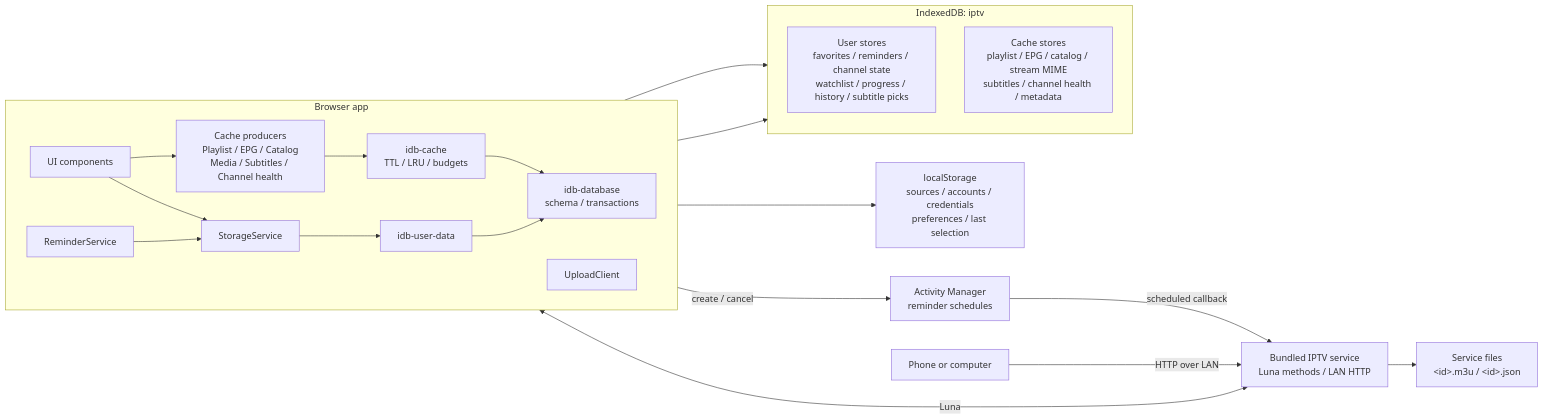
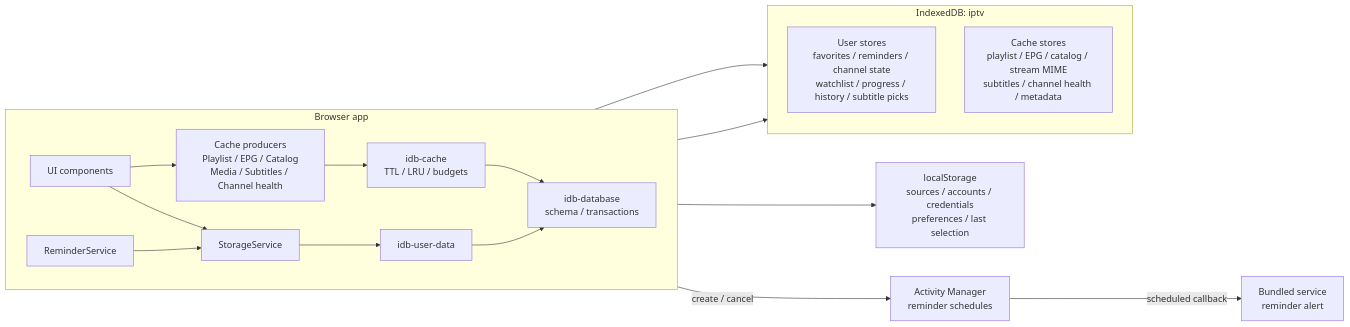
The diagram in docs/storage-and-data.md (jgcrazy/xsol-player-lg), drawn with Mermaid before and after one commit. The commit also changed other lines of this file and 47 other files, not shown here.

First line of the commit message:
Remove the LAN phone setup and M3U uploads

````diff
--- a/docs/storage-and-data.md
+++ b/docs/storage-and-data.md
@@ -21,44 +20,38 @@
 ```mermaid
 flowchart LR
   subgraph App["Browser app"]
     direction LR
     UI["UI components"]
     Storage["StorageService"]
     UserData["idb-user-data"]
     Producers["Cache producers<br/>Playlist / EPG / Catalog<br/>Media / Subtitles / Channel health"]
     Cache["idb-cache<br/>TTL / LRU / budgets"]
     Database["idb-database<br/>schema / transactions"]
     Reminders["ReminderService"]
-    Upload["UploadClient"]
 
     UI --> Storage
     UI --> Producers
     Storage --> UserData
     Producers --> Cache
     UserData --> Database
     Cache --> Database
     Reminders --> Storage
   end
 
   Local["localStorage<br/>sources / accounts / credentials<br/>preferences / last selection"]
 
   subgraph IDB["IndexedDB: iptv"]
     direction TB
     UserStores["User stores<br/>favorites / reminders / channel state<br/>watchlist / progress / history / subtitle picks"]
     CacheStores["Cache stores<br/>playlist / EPG / catalog / stream MIME<br/>subtitles / channel health / metadata"]
   end
 
   Activity["Activity Manager<br/>reminder schedules"]
-  Service["Bundled IPTV service<br/>Luna methods / LAN HTTP"]
-  Files["Service files<br/>&lt;id&gt;.m3u / &lt;id&gt;.json"]
-  Device["Phone or computer"]
+  Service["Bundled service<br/>reminder alert"]
 
   Storage --> Local
   Database --> UserStores
   Database --> CacheStores
   Reminders -->|create / cancel| Activity
-  Upload <-->|Luna| Service
   Activity -->|scheduled callback| Service
-  Service --> Files
-  Device -->|HTTP over LAN| Service
 ```
````
